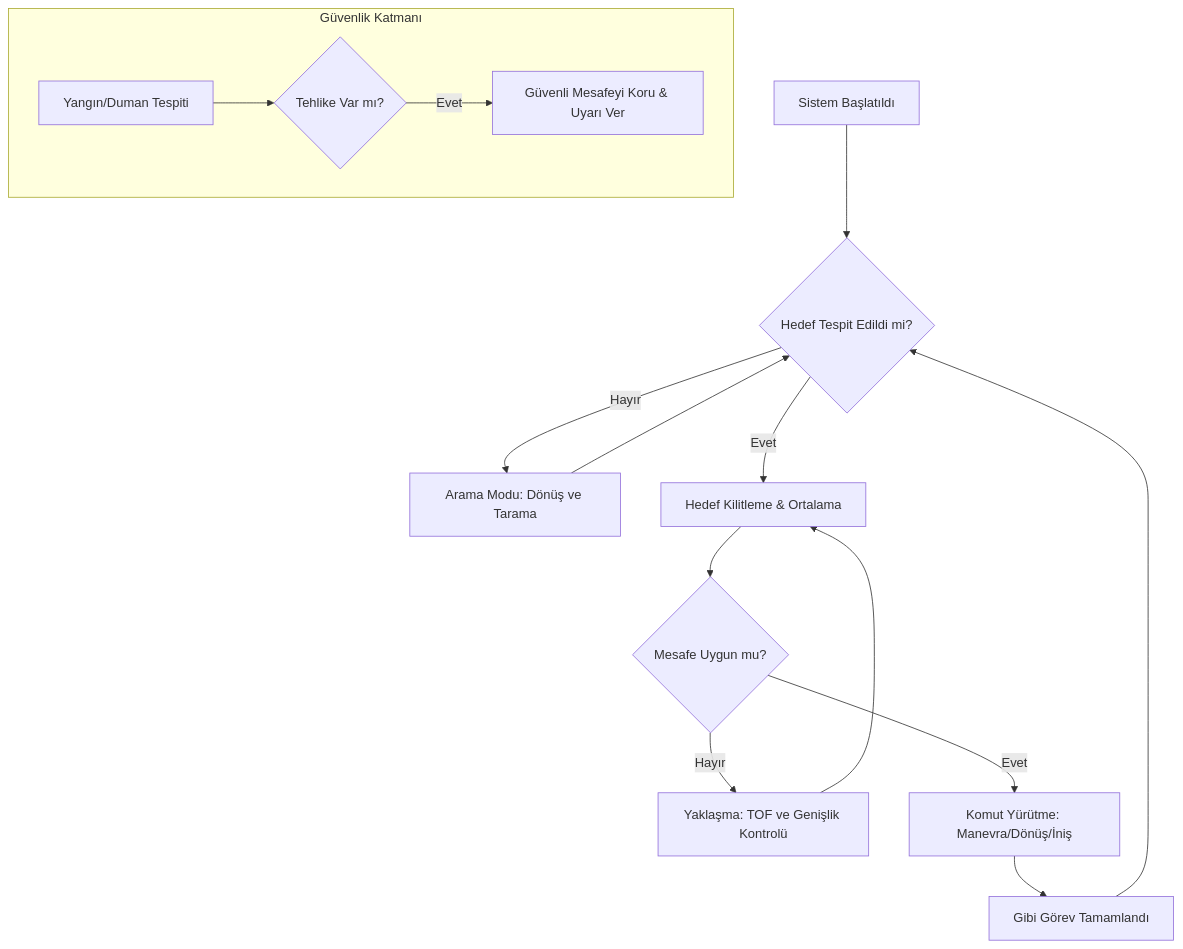
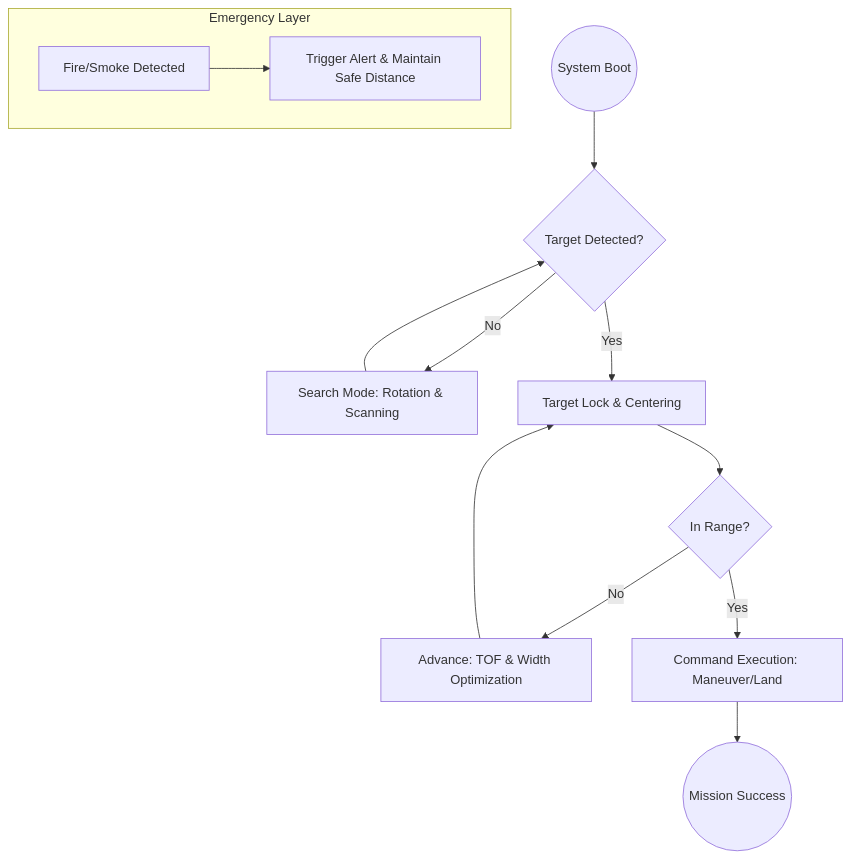
One commit to Leansxd/tello-arrow-fire-detection-automatic-automation changed the diagram in README.md. Above: the diagram before and after it, drawn with Mermaid. The commit also changed other lines of this file, not shown here.

Commit message:
update README with refined project branding, tech stack table, and reorganized navigation flow

````diff
--- a/README.md
+++ b/README.md
@@ -32,18 +38,16 @@
 ```mermaid
 graph TD
-    A[Sistem Başlatıldı] --> B{Hedef Tespit Edildi mi?}
-    B -- Hayır --> C[Arama Modu: Dönüş ve Tarama]
-    C --> B
-    B -- Evet --> D[Hedef Kilitleme & Ortalama]
-    D --> E{Mesafe Uygun mu?}
-    E -- Hayır --> F[Yaklaşma: TOF ve Genişlik Kontrolü]
-    F --> D
-    E -- Evet --> G[Komut Yürütme: Manevra/Dönüş/İniş]
-    G --> H[Gibi Görev Tamamlandı]
-    H --> B
+    Start((System Boot)) --> Search{Target Detected?}
+    Search -- No --> Rotate[Search Mode: Rotation & Scanning]
+    Rotate --> Search
+    Search -- Yes --> Lock[Target Lock & Centering]
+    Lock --> Range{In Range?}
+    Range -- No --> Approach[Advance: TOF & Width Optimization]
+    Approach --> Lock
+    Range -- Yes --> Execute[Command Execution: Maneuver/Land]
+    Execute --> Success((Mission Success))
     
-    subgraph Güvenlik Katmanı
-    I[Yangın/Duman Tespiti] --> J{Tehlike Var mı?}
-    J -- Evet --> K[Güvenli Mesafeyi Koru & Uyarı Ver]
+    subgraph Safety_Protocol [Emergency Layer]
+    Hazard[Fire/Smoke Detected] --> Alarm[Trigger Alert & Maintain Safe Distance]
     end
 ```
````
